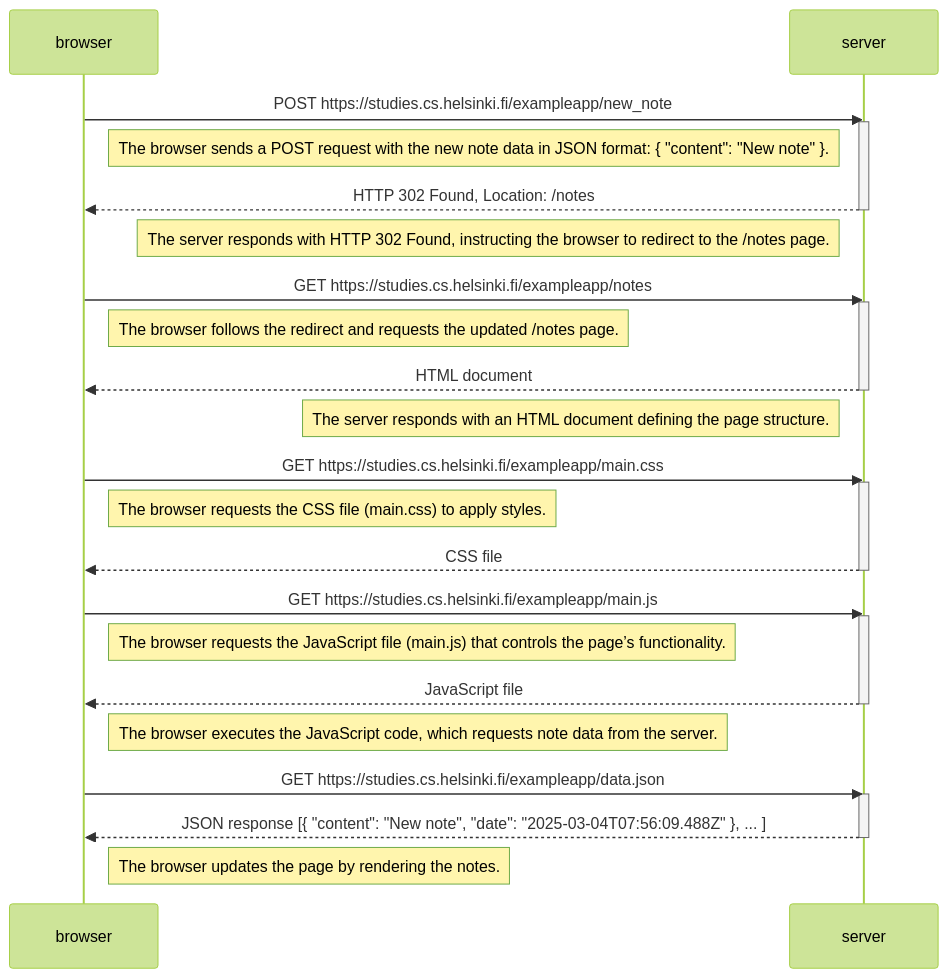
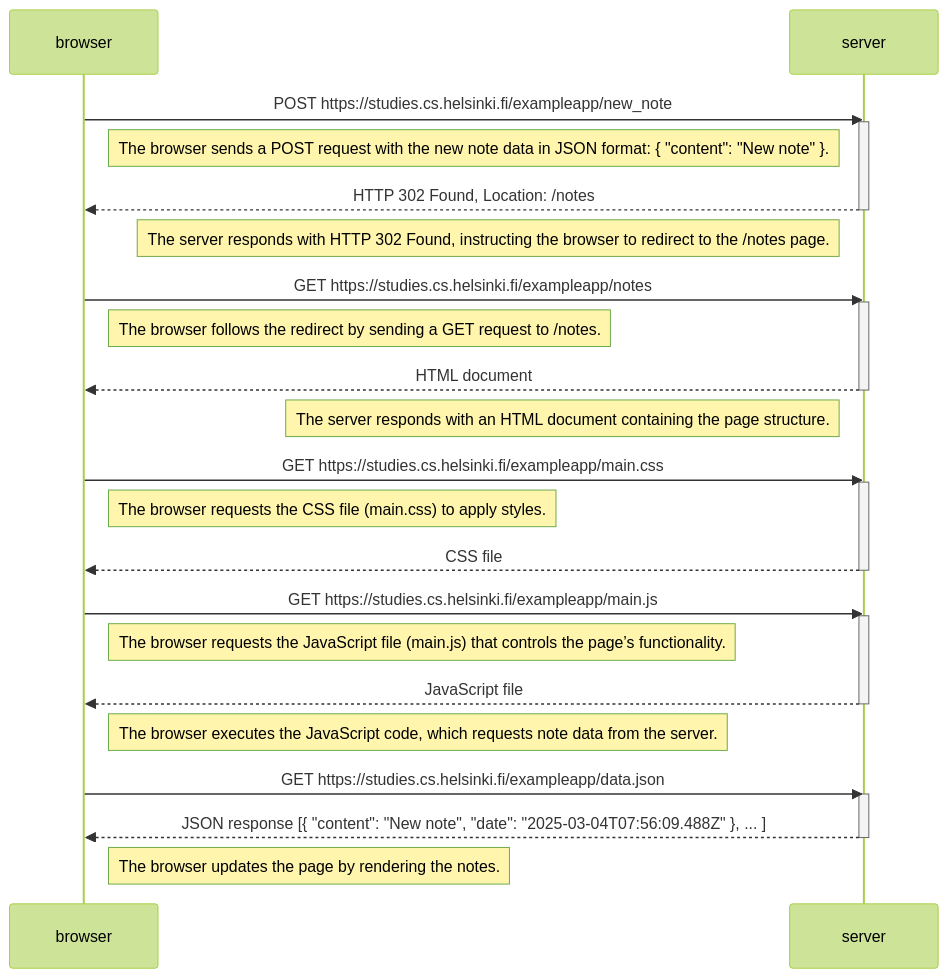
Before and after one commit to Maahantuoja/mooc_fullstackopen_palautusrepositorio: the first of 3 diagrams in osa0/README.md, drawn with Mermaid (forest theme). The commit also changed other lines of this file, not shown here.

````diff
--- a/osa0/README.md
+++ b/osa0/README.md
@@ -5,50 +5,50 @@
 ```mermaid
 sequenceDiagram
     participant browser
     participant server
     
     browser->>server: POST https://studies.cs.helsinki.fi/exampleapp/new_note
     activate server
 
     Note right of browser: The browser sends a POST request with the new note data in JSON format: { "content": "New note" }.
 
     server-->>browser: HTTP 302 Found, Location: /notes
     deactivate server
 
     Note left of server: The server responds with HTTP 302 Found, instructing the browser to redirect to the /notes page.
 
     browser->>server: GET https://studies.cs.helsinki.fi/exampleapp/notes
     activate server
 
-    Note right of browser: The browser follows the redirect and requests the updated /notes page.
+    Note right of browser: The browser follows the redirect by sending a GET request to /notes.
 
     server-->>browser: HTML document
     deactivate server
 
-    Note left of server: The server responds with an HTML document defining the page structure.
+    Note left of server: The server responds with an HTML document containing the page structure.
 
     browser->>server: GET https://studies.cs.helsinki.fi/exampleapp/main.css
     activate server
 
     Note right of browser: The browser requests the CSS file (main.css) to apply styles.
 
     server-->>browser: CSS file
     deactivate server
     
     browser->>server: GET https://studies.cs.helsinki.fi/exampleapp/main.js
     activate server
 
     Note right of browser: The browser requests the JavaScript file (main.js) that controls the page’s functionality.
 
     server-->>browser: JavaScript file
     deactivate server
     
     Note right of browser: The browser executes the JavaScript code, which requests note data from the server.
 
     browser->>server: GET https://studies.cs.helsinki.fi/exampleapp/data.json
     activate server
     server-->>browser: JSON response [{ "content": "New note", "date": "2025-03-04T07:56:09.488Z" }, ... ]
     deactivate server    
 
     Note right of browser: The browser updates the page by rendering the notes.
 ```
````
